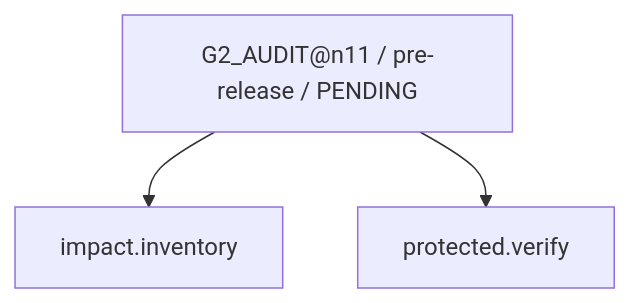
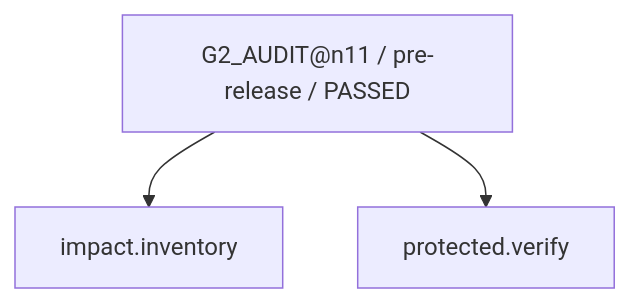
Diagram 11 of 15 in work/items/W-MATH-038-transformation-groups/generated/CAPABILITY_FIRE_DIAGRAM.md (rrikunagasige-dot/kyotsu-step-web), drawn with Mermaid before and after one commit. The commit also changed other lines of this file and 107 other files, not shown here.

````diff
--- a/work/items/W-MATH-038-transformation-groups/generated/CAPABILITY_FIRE_DIAGRAM.md
+++ b/work/items/W-MATH-038-transformation-groups/generated/CAPABILITY_FIRE_DIAGRAM.md
@@ -177,8 +177,8 @@
 ```mermaid
 flowchart TD
-  N0["G2_AUDIT@n11 / pre-release / PENDING"]
+  N0["G2_AUDIT@n11 / pre-release / PASSED"]
   N1["protected.verify"]
   N2["impact.inventory"]
   N0 --> N2
   N0 --> N1
 ```
````
